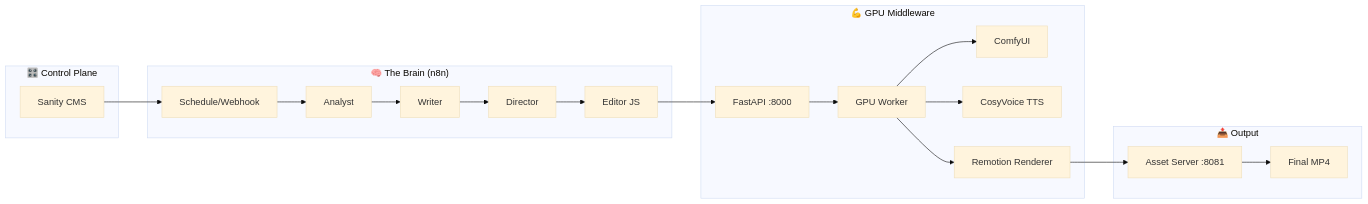
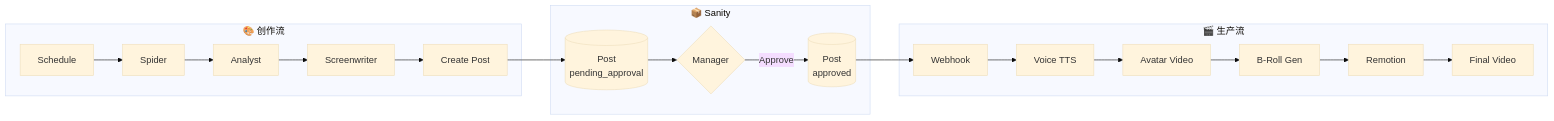
One commit to jingyuyan19/mcn-os changed the diagram in docs/ARCHITECTURE.md. Above: the diagram before and after it, drawn with Mermaid (base theme). The commit also changed other lines of this file and 38 other files, not shown here.

First line of the commit message:
Pre-implementation checkpoint: MCN OS v2.0 architecture

````diff
--- a/docs/ARCHITECTURE.md
+++ b/docs/ARCHITECTURE.md
@@ -11,33 +18,28 @@
 ```mermaid
-graph LR
-    subgraph Control["🎛️ Control Plane"]
-        Sanity[Sanity CMS]
+flowchart LR
+    subgraph Creative["🎨 创作流"]
+        C1[Schedule] --> C2[Spider]
+        C2 --> C3[Analyst]
+        C3 --> C4[Screenwriter]
+        C4 --> C5[Create Post]
     end
     
-    subgraph Brain["🧠 The Brain (n8n)"]
-        Trigger[Schedule/Webhook]
-        Analyst[Analyst]
-        Writer[Writer]
-        Director[Director]
-        Editor[Editor JS]
+    subgraph Sanity["📦 Sanity"]
+        S1[(Post<br/>pending_approval)]
+        S2{Manager}
+        S3[(Post<br/>approved)]
     end
     
-    subgraph Muscle["💪 GPU Middleware"]
-        API[FastAPI :8000]
-        Worker[GPU Worker]
-        ComfyUI[ComfyUI]
-        CosyVoice[CosyVoice TTS]
-        Remotion[Remotion Renderer]
+    subgraph Production["🎬 生产流"]
+        P1[Webhook] --> P2[Voice TTS]
+        P2 --> P3[Avatar Video]
+        P3 --> P4[B-Roll Gen]
+        P4 --> P5[Remotion]
+        P5 --> P6[Final Video]
     end
     
-    subgraph Output["📤 Output"]
-        Assets[Asset Server :8081]
-        MP4[Final MP4]
-    end
-    
-    Sanity --> Trigger
-    Trigger --> Analyst --> Writer --> Director --> Editor
-    Editor --> API --> Worker
-    Worker --> ComfyUI & CosyVoice & Remotion
-    Remotion --> Assets --> MP4
+    C5 --> S1
+    S1 --> S2
+    S2 -->|Approve| S3
+    S3 --> P1
 ```
````
